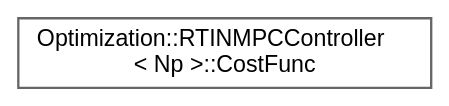
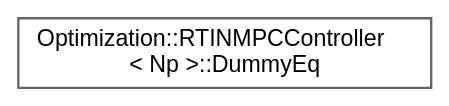
Before and after one commit to jswoo0615/Algorithms_for_Optimization_cpp: the diagram in inherit_graph_52.dot, drawn with Graphviz. The commit also changed 20 other files, not shown here.

```diff
--- a/inherit_graph_52.dot
+++ b/inherit_graph_52.dot
@@ -1,9 +1,9 @@
 digraph "Graphical Class Hierarchy"
 {
  // LATEX_PDF_SIZE
   bgcolor="transparent";
   edge [fontname=Helvetica,fontsize=10,labelfontname=Helvetica,labelfontsize=10];
   node [fontname=Helvetica,fontsize=10,shape=box,height=0.2,width=0.4];
   rankdir="LR";
-  Node0 [id="Node000000",label="Optimization::RTINMPCController\l\< Np \>::CostFunc",height=0.2,width=0.4,color="grey40", fillcolor="white", style="filled",URL="$structOptimization_1_1RTINMPCController_1_1CostFunc.html",tooltip=" "];
+  Node0 [id="Node000000",label="Optimization::RTINMPCController\l\< Np \>::DummyEq",height=0.2,width=0.4,color="grey40", fillcolor="white", style="filled",URL="$structOptimization_1_1RTINMPCController_1_1DummyEq.html",tooltip=" "];
 }
```
